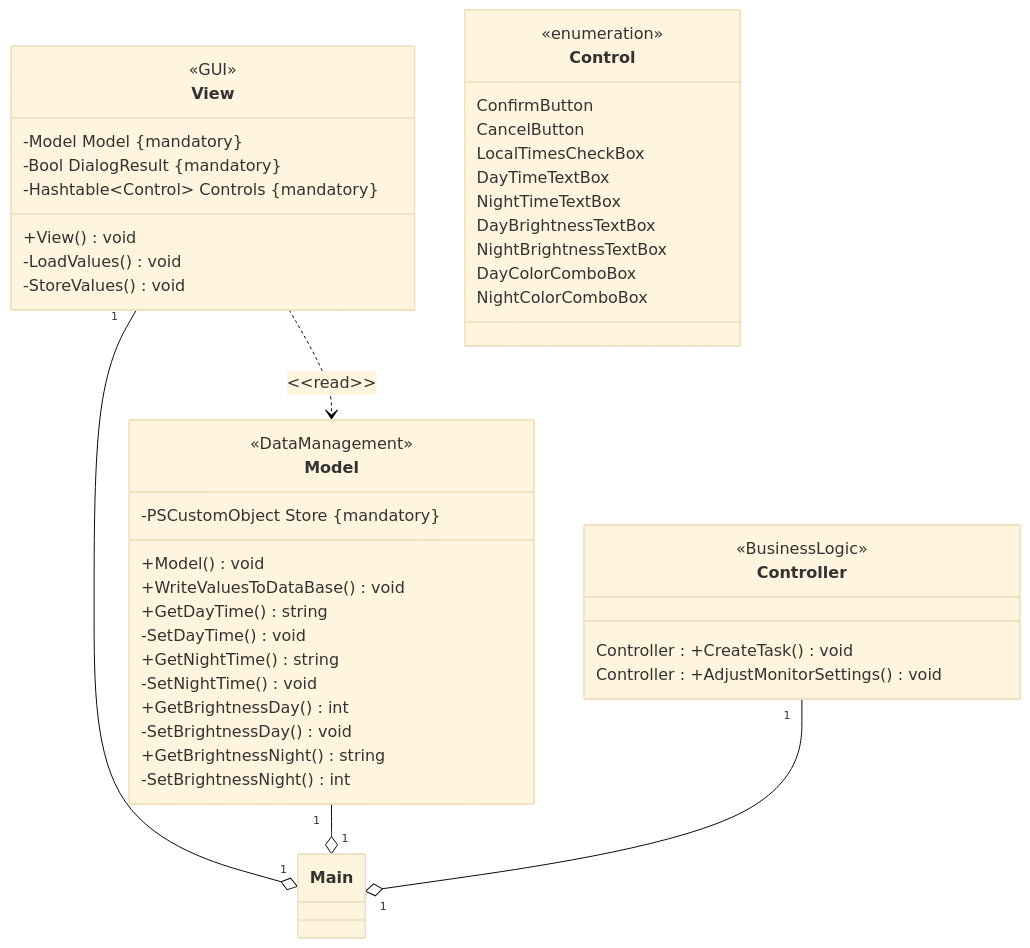
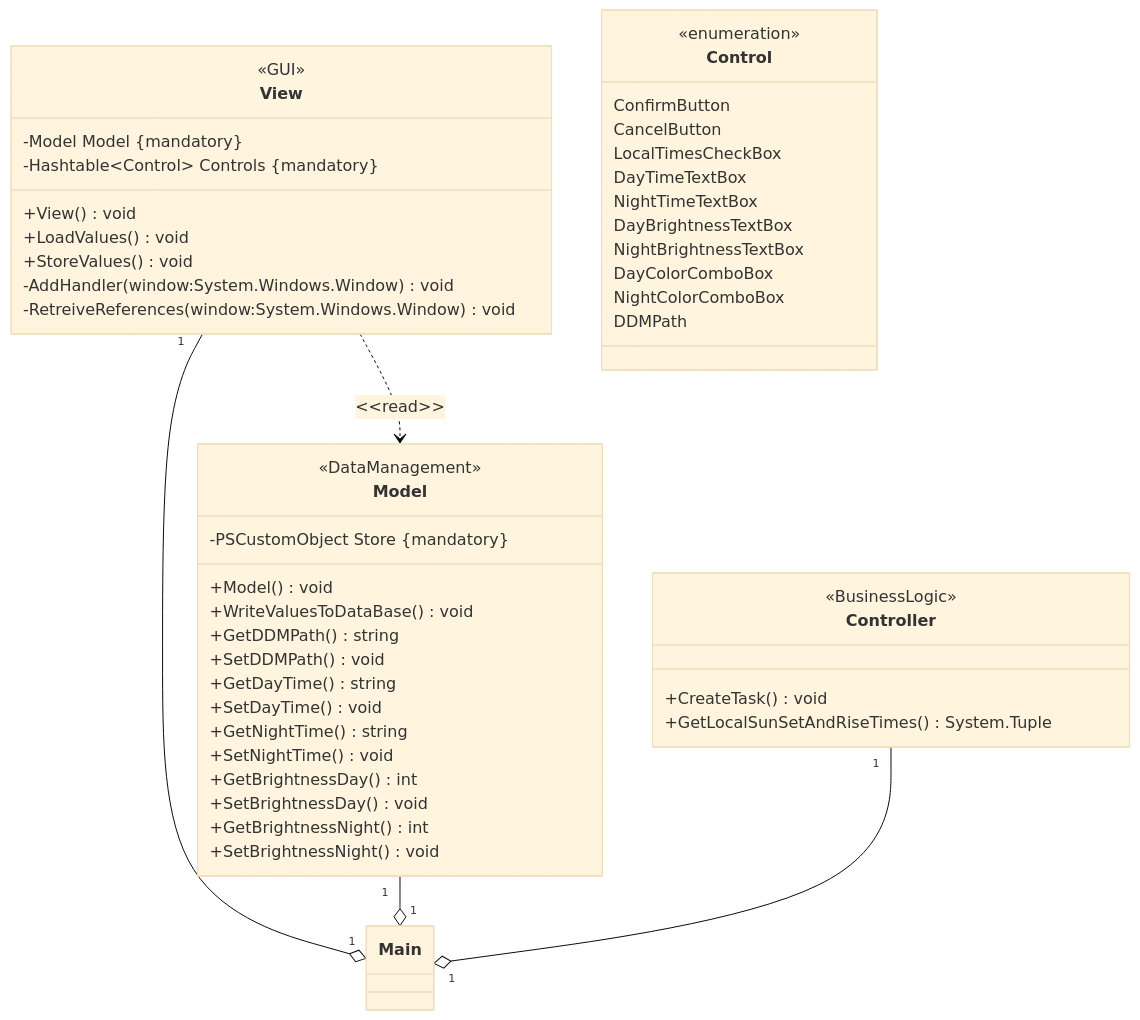
One commit to chris234567/Dell-Night-Light changed the first of 5 diagrams in README.md. Above: the diagram before and after it, drawn with Mermaid (base theme). The commit also changed other lines of this file and 9 other files, not shown here.

````diff
--- a/README.md
+++ b/README.md
@@ -48,53 +55,58 @@
 ```mermaid
     classDiagram
         direction TB
         
         class View
         <<GUI>> View
+        View : -Model Model {mandatory} 
+        View : -Hashtable~Control~ Controls {mandatory}
         View : +View() void
-        View : -LoadValues() void
-        View : -StoreValues() void
-        View : -Model Model {mandatory} 
-        View : -Bool DialogResult {mandatory} 
-        View : -Hashtable~Control~ Controls {mandatory}
+        View : +LoadValues() void
+        View : +StoreValues() void
+        View : -AddHandler(window#58;System.Windows.Window) void
+        View : -RetreiveReferences(window#58;System.Windows.Window) void
+
         class Control {
             <<enumeration>>
             ConfirmButton
             CancelButton
             LocalTimesCheckBox
             DayTimeTextBox
             NightTimeTextBox
             DayBrightnessTextBox
             NightBrightnessTextBox
             DayColorComboBox
             NightColorComboBox
+            DDMPath
         }
+
         class Main
 
         class Model
         <<DataManagement>> Model
         Model : -PSCustomObject Store {mandatory}
         Model : +Model() void
         Model : +WriteValuesToDataBase() void
+        Model : +GetDDMPath() string
+        Model : +SetDDMPath() void
         Model : +GetDayTime() string
-        Model : -SetDayTime() void
+        Model : +SetDayTime() void
         Model : +GetNightTime() string
-        Model : -SetNightTime() void
+        Model : +SetNightTime() void
         Model : +GetBrightnessDay() int
-        Model : -SetBrightnessDay() void
-        Model : +GetBrightnessNight() string
-        Model : -SetBrightnessNight() int
+        Model : +SetBrightnessDay() void
+        Model : +GetBrightnessNight() int
+        Model : +SetBrightnessNight() void
         
+        class Controller
+        <<BusinessLogic>> Controller
+        Controller : +CreateTask() void
+        Controller : +GetLocalSunSetAndRiseTimes() System.Tuple
         
-        class Controller{
-            <<BusinessLogic>>
-            Controller : +CreateTask() void
-            Controller : +AdjustMonitorSettings() void
-        }
 
         View ..> Model : <<<read>read>>
         View "1" --o "1" Main
         Model "1" --o "1" Main
         Controller "1" --o "1" Main
 
 ```
````
